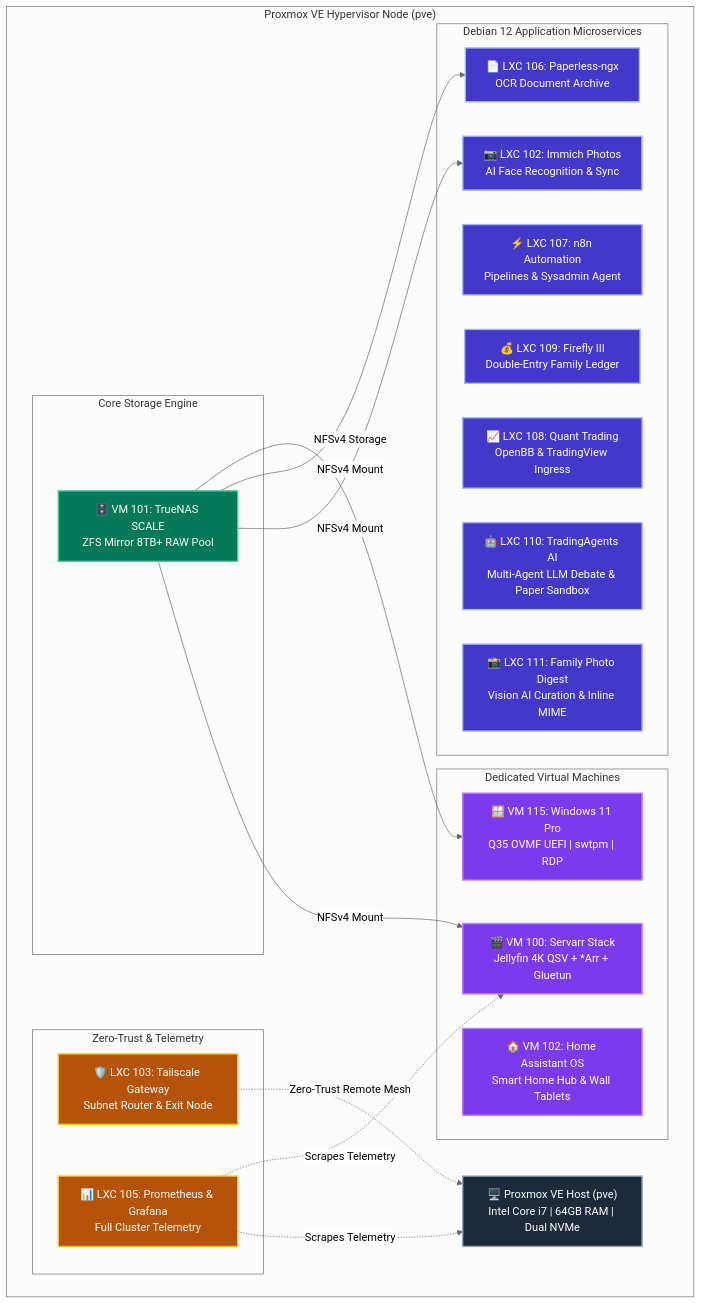
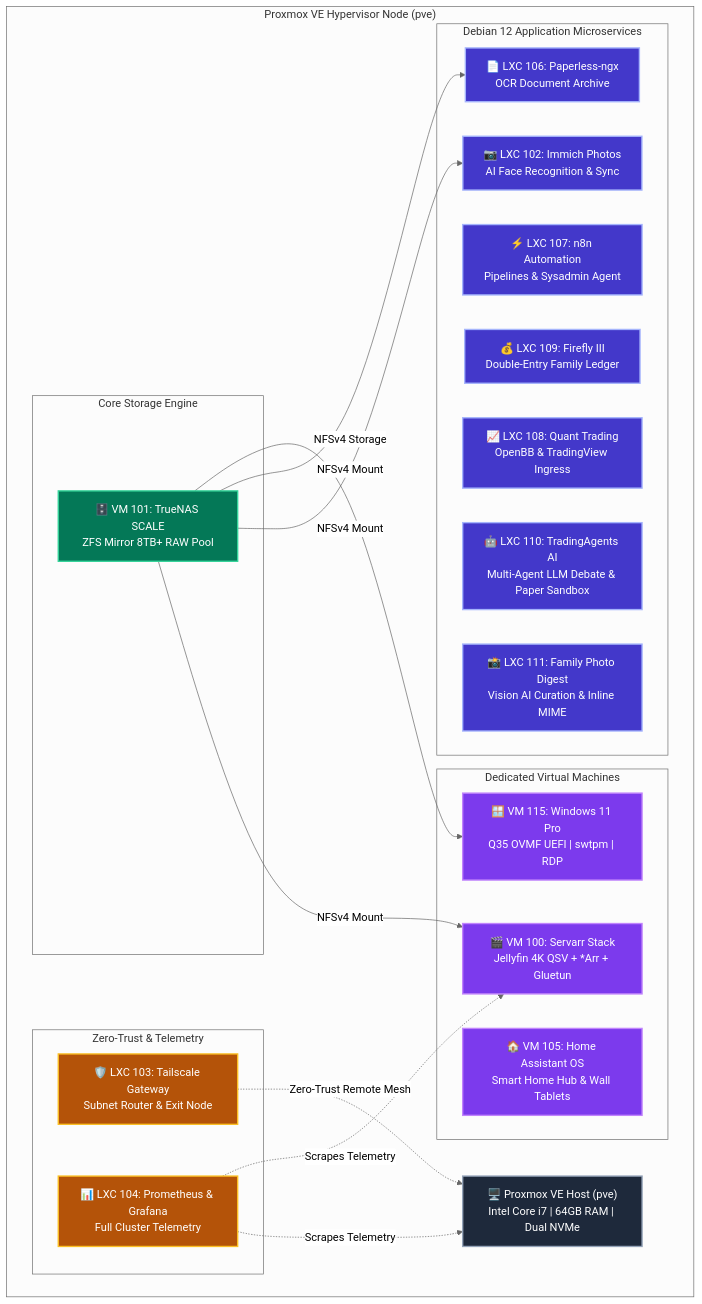
The diagram in README.md (nishilshah/homelab-blueprints), drawn with Mermaid (neutral theme) before and after one commit. The commit also changed other lines of this file and 1 other file, not shown here.

Commit message:
feat(home-assistant): document Matter-over-Thread architecture, Matter server add-on, and Thread border router discovery

````diff
--- a/README.md
+++ b/README.md
@@ -26,45 +26,45 @@
 ```mermaid
 flowchart TD
     classDef host fill:#1e293b,stroke:#94a3b8,stroke-width:2px,color:#ffffff;
     classDef storage fill:#047857,stroke:#34d399,stroke-width:2px,color:#ffffff;
     classDef net fill:#b45309,stroke:#fbbf24,stroke-width:2px,color:#ffffff;
     classDef lxc fill:#4338ca,stroke:#a5b4fc,stroke-width:2px,color:#ffffff;
     classDef vm fill:#7c3aed,stroke:#c084fc,stroke-width:2px,color:#ffffff;
 
     subgraph Hypervisor ["Proxmox VE Hypervisor Node (pve)"]
         PVE["🖥️ Proxmox VE Host (pve)<br/>Intel Core i7 | 64GB RAM | Dual NVMe"]:::host
         
         subgraph StorageCore ["Core Storage Engine"]
             TrueNAS["🗄️ VM 101: TrueNAS SCALE<br/>ZFS Mirror 8TB+ RAW Pool"]:::storage
         end
 
         subgraph NetworkAccess ["Zero-Trust & Telemetry"]
             Tailscale["🛡️ LXC 103: Tailscale Gateway<br/>Subnet Router & Exit Node"]:::net
-            Monitoring["📊 LXC 105: Prometheus & Grafana<br/>Full Cluster Telemetry"]:::net
+            Monitoring["📊 LXC 104: Prometheus & Grafana<br/>Full Cluster Telemetry"]:::net
         end
 
         subgraph CoreLXCs ["Debian 12 Application Microservices"]
             Immich["📷 LXC 102: Immich Photos<br/>AI Face Recognition & Sync"]:::lxc
             Paperless["📄 LXC 106: Paperless-ngx<br/>OCR Document Archive"]:::lxc
             N8N["⚡ LXC 107: n8n Automation<br/>Pipelines & Sysadmin Agent"]:::lxc
             Firefly["💰 LXC 109: Firefly III<br/>Double-Entry Family Ledger"]:::lxc
             Quant["📈 LXC 108: Quant Trading<br/>OpenBB & TradingView Ingress"]:::lxc
             TradingAgents["🤖 LXC 110: TradingAgents AI<br/>Multi-Agent LLM Debate & Paper Sandbox"]:::lxc
             Digest["📸 LXC 111: Family Photo Digest<br/>Vision AI Curation & Inline MIME"]:::lxc
         end
 
         subgraph DedicatedVMs ["Dedicated Virtual Machines"]
             MediaStack["🎬 VM 100: Servarr Stack<br/>Jellyfin 4K QSV + *Arr + Gluetun"]:::vm
-            HA["🏠 VM 102: Home Assistant OS<br/>Smart Home Hub & Wall Tablets"]:::vm
+            HA["🏠 VM 105: Home Assistant OS<br/>Smart Home Hub & Wall Tablets"]:::vm
             WinVM["🪟 VM 115: Windows 11 Pro<br/>Q35 OVMF UEFI | swtpm | RDP"]:::vm
         end
     end
 
     TrueNAS -->|NFSv4 Mount| MediaStack
     TrueNAS -->|NFSv4 Mount| Immich
     TrueNAS -->|NFSv4 Mount| Paperless
     TrueNAS -->|NFSv4 Storage| WinVM
     Tailscale -.->|Zero-Trust Remote Mesh| PVE
     Monitoring -.->|Scrapes Telemetry| PVE
     Monitoring -.->|Scrapes Telemetry| MediaStack
 ```
````
